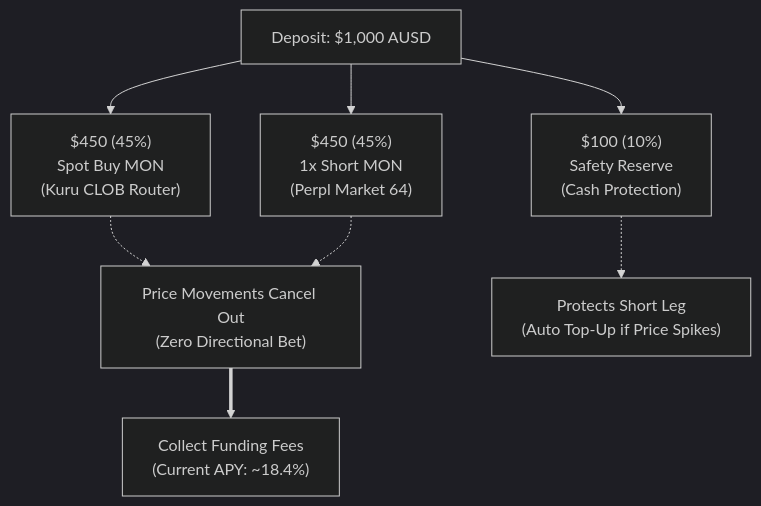
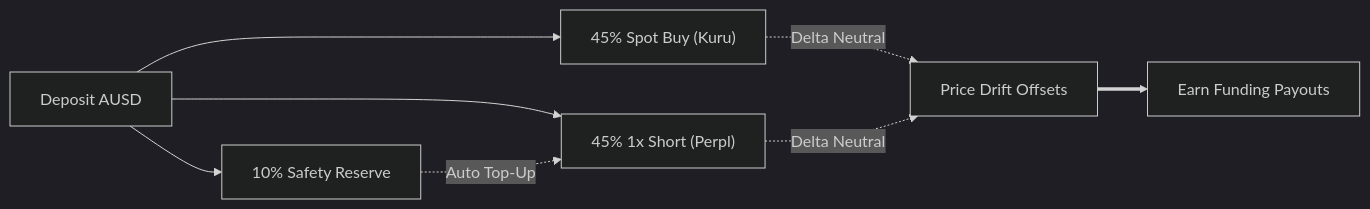
One commit to HooyarLotfy/CounterYield changed the diagram in README.md. Above: the diagram before and after it, drawn with Mermaid (dark theme). The commit also changed other lines of this file, not shown here.

````diff
--- a/README.md
+++ b/README.md
@@ -53,10 +38,10 @@
 ```mermaid
-flowchart TD
-    D["Deposit: $1,000 AUSD"] --> R["$100 (10%)<br/>Safety Reserve<br/>(Cash Protection)"]
-    D --> S["$450 (45%)<br/>Spot Buy MON<br/>(Kuru CLOB Router)"]
-    D --> H["$450 (45%)<br/>1x Short MON<br/>(Perpl Market 64)"]
-    S -.-> C["Price Movements Cancel Out<br/>(Zero Directional Bet)"]
-    H -.-> C
-    C ==> Y["Collect Funding Fees<br/>(Current APY: ~18.4%)"]
-    R -.-> P["Protects Short Leg<br/>(Auto Top-Up if Price Spikes)"]
+flowchart LR
+    D["Deposit AUSD"] --> R["10% Safety Reserve"]
+    D --> S["45% Spot Buy (Kuru)"]
+    D --> H["45% 1x Short (Perpl)"]
+    S -.->|Delta Neutral| C["Price Drift Offsets"]
+    H -.->|Delta Neutral| C
+    C ==> Y["Earn Funding Payouts"]
+    R -.->|Auto Top-Up| H
 ```
````
